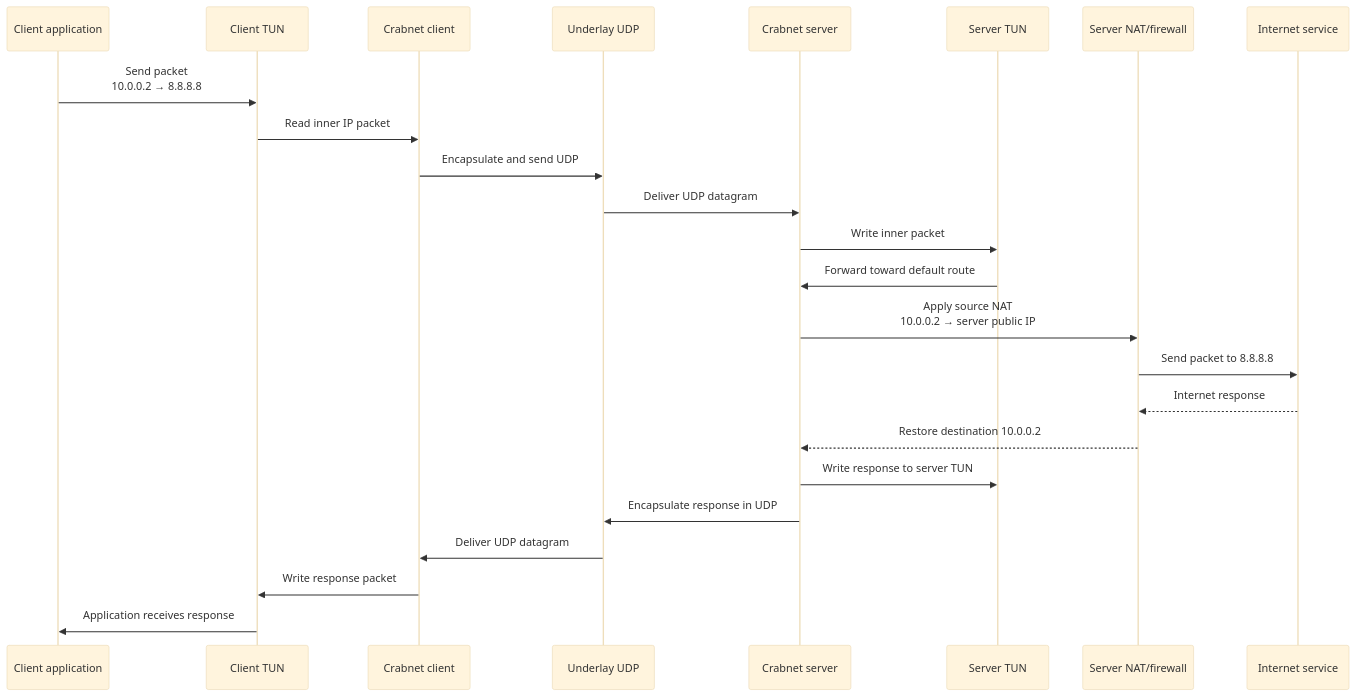
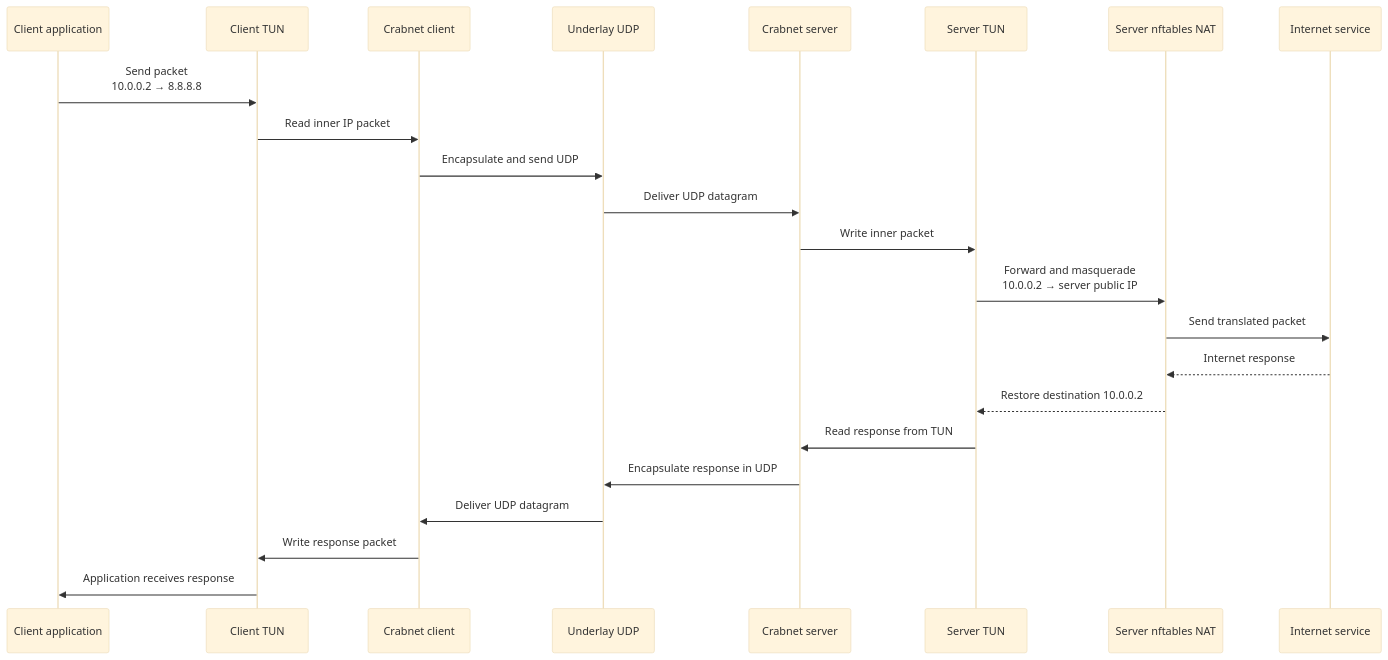
The third of 3 diagrams in docs/routing-sequences.md (thiennguyen56/crabnet), drawn with Mermaid (base theme) before and after one commit. The commit also changed other lines of this file and 16 other files, not shown here.

````diff
--- a/docs/routing-sequences.md
+++ b/docs/routing-sequences.md
@@ -57,27 +59,26 @@
 ```mermaid
 sequenceDiagram
     participant App as Client application
     participant CTun as Client TUN
     participant C as Crabnet client
     participant U as Underlay UDP
     participant S as Crabnet server
     participant STun as Server TUN
-    participant NAT as Server NAT/firewall
+    participant NAT as Server nftables NAT
     participant I as Internet service
 
     App->>CTun: Send packet<br/>10.0.0.2 → 8.8.8.8
     CTun->>C: Read inner IP packet
     C->>U: Encapsulate and send UDP
     U->>S: Deliver UDP datagram
     S->>STun: Write inner packet
-    STun->>S: Forward toward default route
-    S->>NAT: Apply source NAT<br/>10.0.0.2 → server public IP
-    NAT->>I: Send packet to 8.8.8.8
+    STun->>NAT: Forward and masquerade<br/>10.0.0.2 → server public IP
+    NAT->>I: Send translated packet
     I-->>NAT: Internet response
-    NAT-->>S: Restore destination 10.0.0.2
-    S->>STun: Write response to server TUN
+    NAT-->>STun: Restore destination 10.0.0.2
+    STun->>S: Read response from TUN
     S->>U: Encapsulate response in UDP
     U->>C: Deliver UDP datagram
     C->>CTun: Write response packet
     CTun->>App: Application receives response
 ```
````
